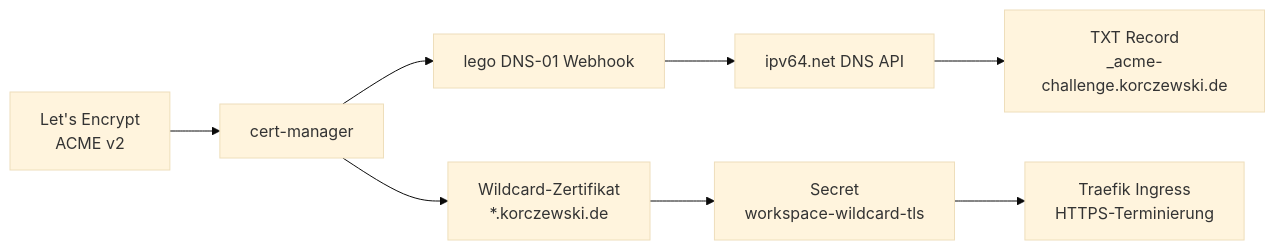
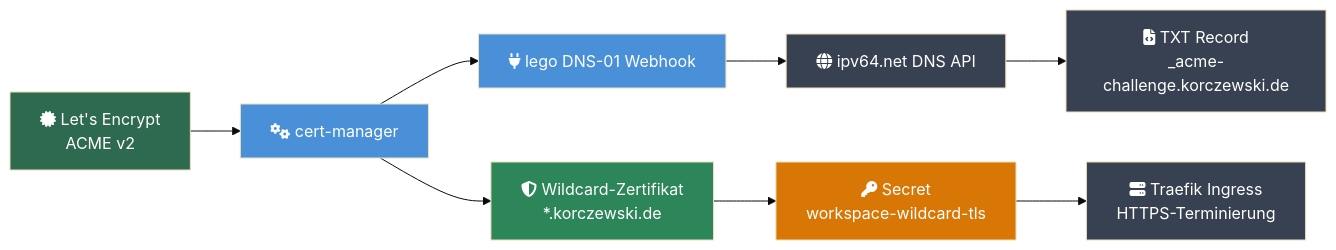
One commit to Paddione/Bachelorprojekt changed the second of 2 diagrams in docs/security.md. Above: the diagram before and after it, drawn with Mermaid (base theme). The commit also changed other lines of this file and 6 other files, not shown here.

First line of the commit message:
docs: Dokumentation ins Deutsche übersetzen und Mermaid-Diagramme visuell aufwerten

````diff
--- a/docs/security.md
+++ b/docs/security.md
@@ -123,10 +127,19 @@
 ```mermaid
 flowchart LR
-    LE[Let's Encrypt<br/>ACME v2] --> CM[cert-manager]
-    CM --> LEGO[lego DNS-01 Webhook]
-    LEGO --> IPV64[ipv64.net DNS API]
-    IPV64 --> TXT[TXT Record<br/>_acme-challenge.korczewski.de]
-    CM --> CERT["Wildcard-Zertifikat<br/>*.korczewski.de"]
-    CERT --> SECRET[Secret<br/>workspace-wildcard-tls]
-    SECRET --> TRAEFIK[Traefik Ingress<br/>HTTPS-Terminierung]
+    LE["fa:fa-certificate Let's Encrypt<br/>ACME v2"] --> CM["fa:fa-cogs cert-manager"]
+    CM --> LEGO["fa:fa-plug lego DNS-01 Webhook"]
+    LEGO --> IPV64["fa:fa-globe ipv64.net DNS API"]
+    IPV64 --> TXT["fa:fa-file-code TXT Record<br/>_acme-challenge.korczewski.de"]
+    CM --> CERT["fa:fa-shield-halved Wildcard-Zertifikat<br/>*.korczewski.de"]
+    CERT --> SECRET["fa:fa-key Secret<br/>workspace-wildcard-tls"]
+    SECRET --> TRAEFIK["fa:fa-server Traefik Ingress<br/>HTTPS-Terminierung"]
+
+    style LE fill:#2d6a4f,color:#fff
+    style CM fill:#4a90d9,color:#fff
+    style LEGO fill:#4a90d9,color:#fff
+    style IPV64 fill:#374151,color:#fff
+    style TXT fill:#374151,color:#fff
+    style CERT fill:#2d8659,color:#fff
+    style SECRET fill:#d97706,color:#fff
+    style TRAEFIK fill:#374151,color:#fff
 ```
````
